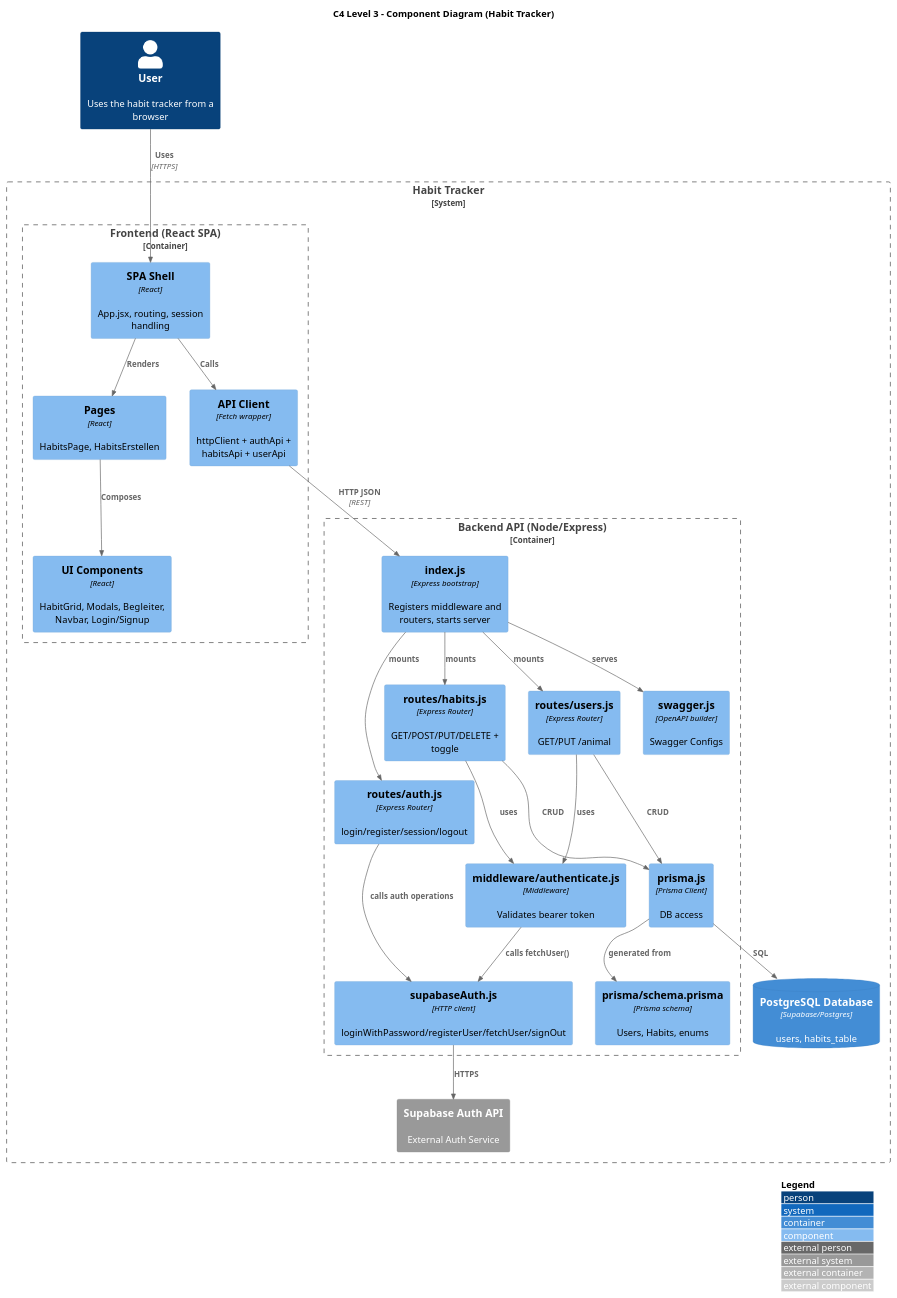
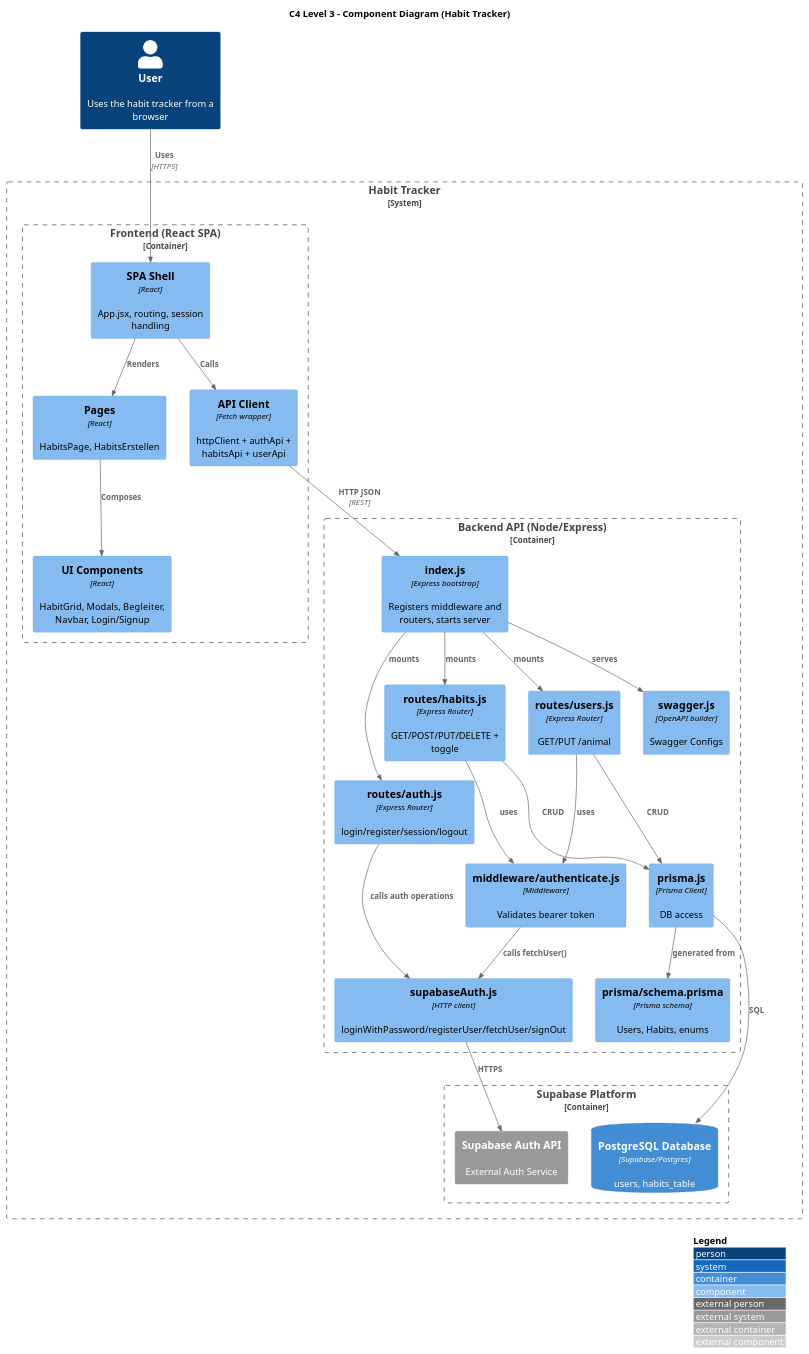
One commit to 1tristan0/SE-HabitTracker-3.B changed the diagram in src/docu/diagrams/c4-Level3,5.puml. Above: the diagram before and after it, drawn with PlantUML.

Commit message:
Anpassung C3,5 kombination zu supabase platforms

```diff
--- a/src/docu/diagrams/c4-Level3,5.puml
+++ b/src/docu/diagrams/c4-Level3,5.puml
@@ -1,56 +1,58 @@
 @startuml
 !include <C4/C4_Component>
 
 LAYOUT_WITH_LEGEND()
 
 title C4 Level 3 - Component Diagram (Habit Tracker)
 
 Person(user, "User", "Uses the habit tracker from a browser")
 
 System_Boundary(system, "Habit Tracker") {
   Container_Boundary(frontend, "Frontend (React SPA)") {
     Component(spa, "SPA Shell", "React", "App.jsx, routing, session handling")
     Component(pages, "Pages", "React", "HabitsPage, HabitsErstellen")
     Component(ui, "UI Components", "React", "HabitGrid, Modals, Begleiter, Navbar, Login/Signup")
     Component(apiClient, "API Client", "Fetch wrapper", "httpClient + authApi + habitsApi + userApi")
   }
 
   Container_Boundary(backend, "Backend API (Node/Express)") {
     Component(index, "index.js", "Express bootstrap", "Registers middleware and routers, starts server")
     Component(authRouter, "routes/auth.js", "Express Router", "login/register/session/logout")
     Component(habitsRouter, "routes/habits.js", "Express Router", "GET/POST/PUT/DELETE + toggle")
     Component(usersRouter, "routes/users.js", "Express Router", "GET/PUT /animal")
     Component(authMiddleware, "middleware/authenticate.js", "Middleware", "Validates bearer token")
     Component(supabaseAuth, "supabaseAuth.js", "HTTP client", "loginWithPassword/registerUser/fetchUser/signOut")
     Component(prismaClient, "prisma.js", "Prisma Client", "DB access")
     Component(schema, "prisma/schema.prisma", "Prisma schema", "Users, Habits, enums")
     Component(swagger, "swagger.js", "OpenAPI builder", "Swagger Configs")
   }
 
+Container_Boundary(External, "Supabase Platform") {
   ContainerDb(db, "PostgreSQL Database", "Supabase/Postgres", "users, habits_table")
   System_Ext(supabase, "Supabase Auth API", "External Auth Service")
+}
 }
 
 Rel(user, spa, "Uses", "HTTPS")
 Rel(spa, pages, "Renders")
 Rel(pages, ui, "Composes")
 Rel(spa, apiClient, "Calls")
 Rel(apiClient, index, "HTTP JSON", "REST")
 
 Rel(index, authRouter, "mounts")
 Rel(index, habitsRouter, "mounts")
 Rel(index, usersRouter, "mounts")
 Rel(index, swagger, "serves")
 
 Rel(habitsRouter, authMiddleware, "uses")
 Rel(usersRouter, authMiddleware, "uses")
 Rel(authMiddleware, supabaseAuth, "calls fetchUser()")
 Rel(authRouter, supabaseAuth, "calls auth operations")
 
 Rel(habitsRouter, prismaClient, "CRUD")
 Rel(usersRouter, prismaClient, "CRUD")
 Rel(prismaClient, db, "SQL")
 Rel(supabaseAuth, supabase, "HTTPS")
 Rel(prismaClient, schema, "generated from")
 
 @enduml
```
